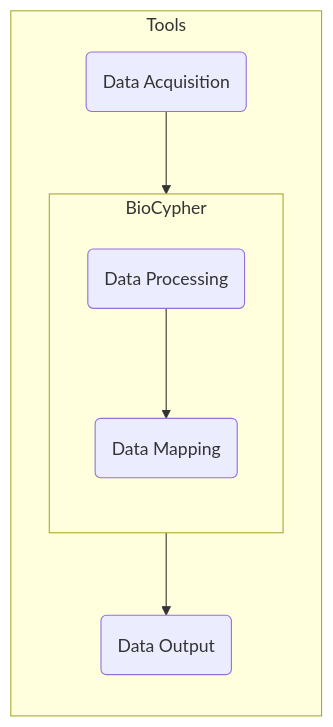
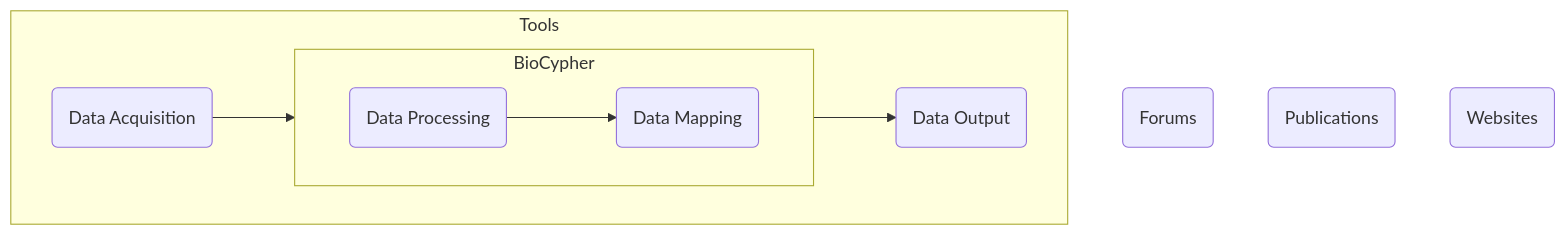
Before and after one commit to HealthECCO/community-resources: the second of 2 diagrams in README.md, drawn with Mermaid.

````diff
--- a/README.md
+++ b/README.md
@@ -12,12 +12,17 @@
 ```mermaid
-  flowchart LR; 
+  flowchart TD; 
+      F(Forums);
+      P(Publications);
+      W(Websites);
+  click F "/HealthECCO/community-resources/blob/main/forums.md"
+  click P "/HealthECCO/community-resources/blob/main/publications.md"
     subgraph Tools
       DA(Data Acquisition)-->DP(Data Processing);
-      subgraph BioCypher
-      direction TB
-        DP-->DM(Data Mapping);
-      end
+        subgraph BioCypher
+          direction LR
+            DP-->DM(Data Mapping);
+          end
       DM-->DO(Data Output);
      end
     click DA "https://www.github.com"
 ```
````
